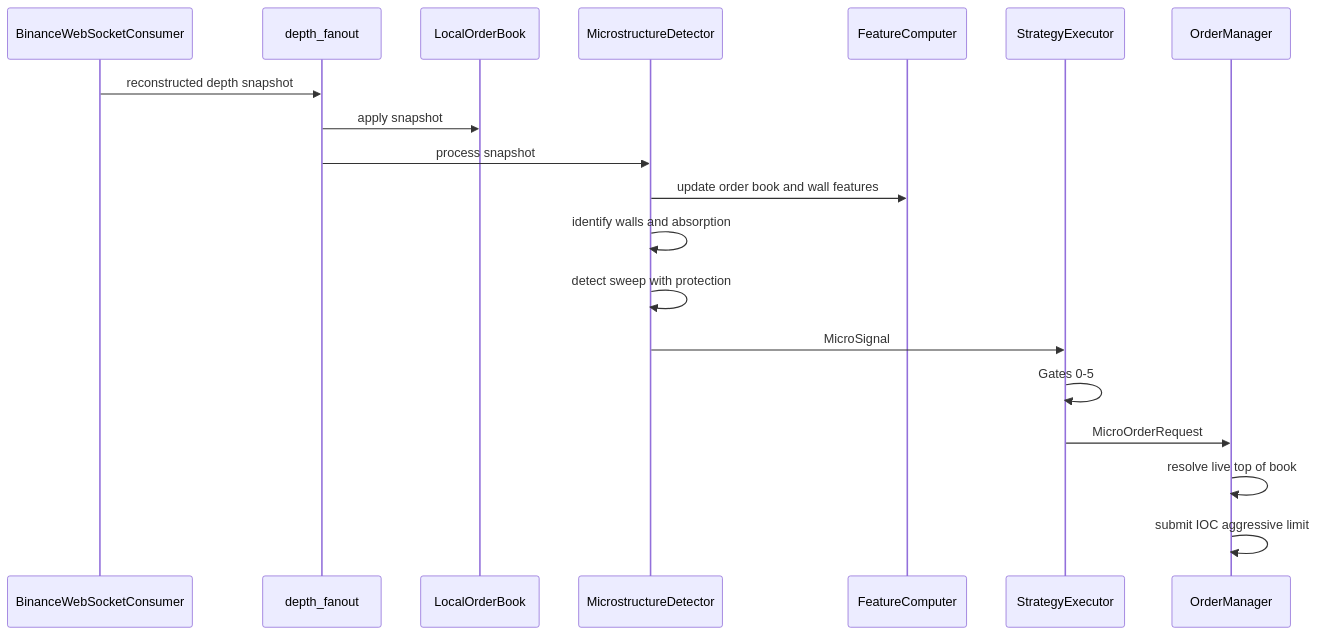
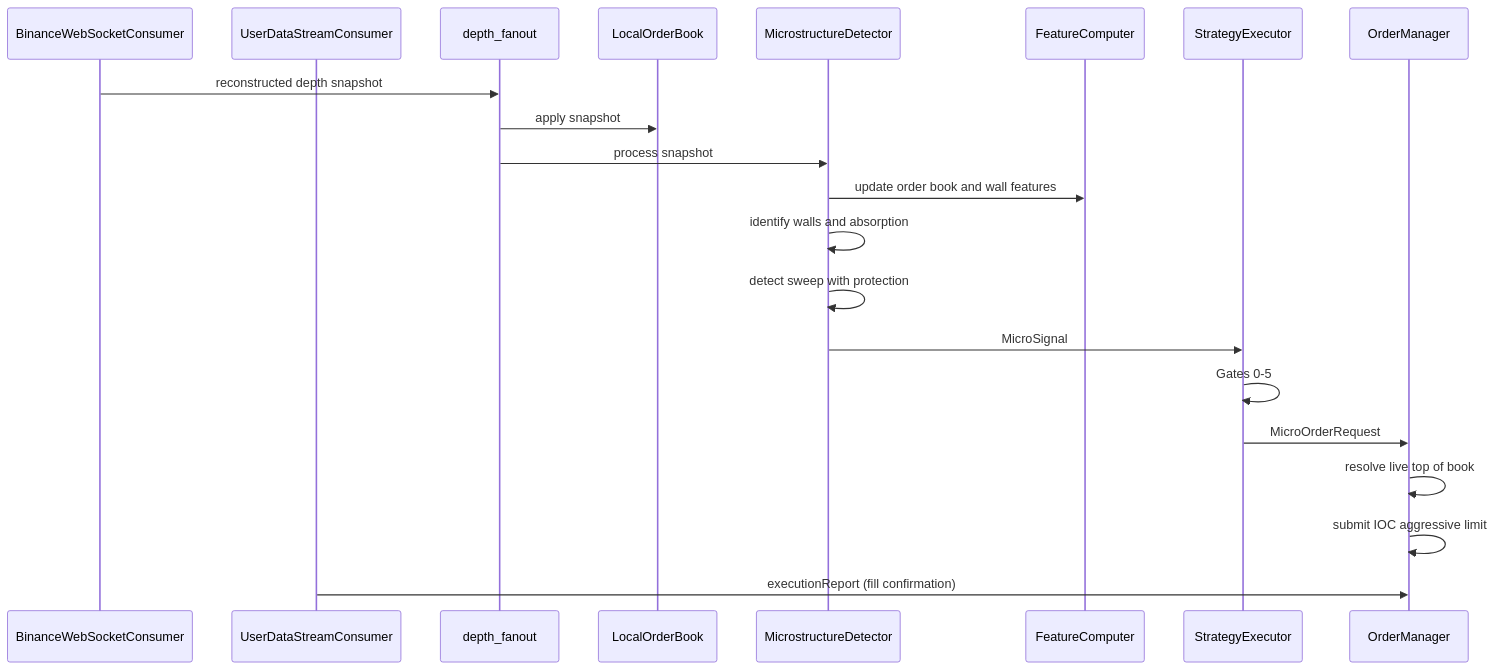
Before and after one commit to changjulian17/QF635_project: the second of 2 diagrams in documentation/algorithm.md, drawn with Mermaid. The commit also changed other lines of this file and 2 other files, not shown here.

````diff
--- a/documentation/algorithm.md
+++ b/documentation/algorithm.md
@@ -73,22 +84,24 @@
 ```mermaid
 sequenceDiagram
     participant WS as BinanceWebSocketConsumer
+    participant UDS as UserDataStreamConsumer
     participant Fanout as depth_fanout
     participant LOB as LocalOrderBook
     participant MS as MicrostructureDetector
     participant FC as FeatureComputer
     participant EXEC as StrategyExecutor
     participant OM as OrderManager
 
     WS->>Fanout: reconstructed depth snapshot
     Fanout->>LOB: apply snapshot
     Fanout->>MS: process snapshot
     MS->>FC: update order book and wall features
     MS->>MS: identify walls and absorption
     MS->>MS: detect sweep with protection
     MS->>EXEC: MicroSignal
     EXEC->>EXEC: Gates 0-5
     EXEC->>OM: MicroOrderRequest
     OM->>OM: resolve live top of book
     OM->>OM: submit IOC aggressive limit
+    UDS->>OM: executionReport (fill confirmation)
 ```
````
